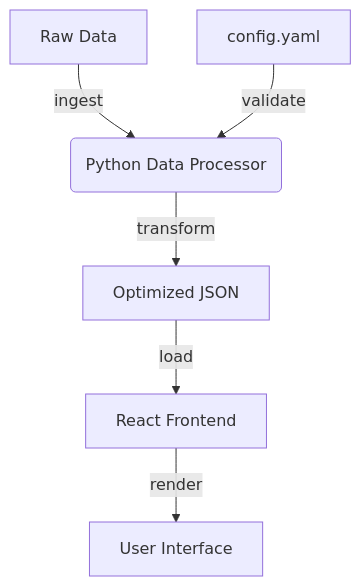
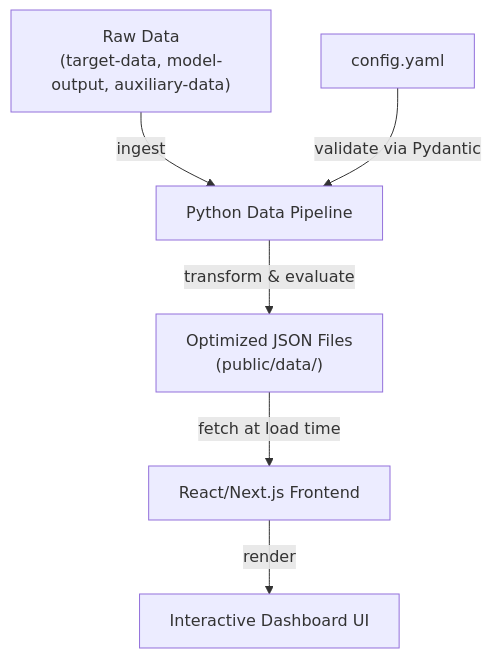
Before and after one commit to mobs-lab/hubverse-dashboards: the first of 2 diagrams in docs/source/architecture.md, drawn with Mermaid. The commit also changed other lines of this file and 27 other files, not shown here.

````diff
--- a/docs/source/architecture.md
+++ b/docs/source/architecture.md
@@ -12,8 +12,8 @@
 ```{mermaid}
 graph TD
-    A[Raw Data] -->|ingest| B(Python Data Processor)
-    C[config.yaml] -->|validate| B
-    B -->|transform| D[Optimized JSON]
-    D -->|load| E[React Frontend]
-    E -->|render| F[User Interface]
+    A["Raw Data<br/>(target-data, model-output, auxiliary-data)"] -->|ingest| B["Python Data Pipeline"]
+    C["config.yaml"] -->|validate via Pydantic| B
+    B -->|transform & evaluate| D["Optimized JSON Files<br/>(public/data/)"]
+    D -->|fetch at load time| E["React/Next.js Frontend"]
+    E -->|render| F["Interactive Dashboard UI"]
 ```
````
